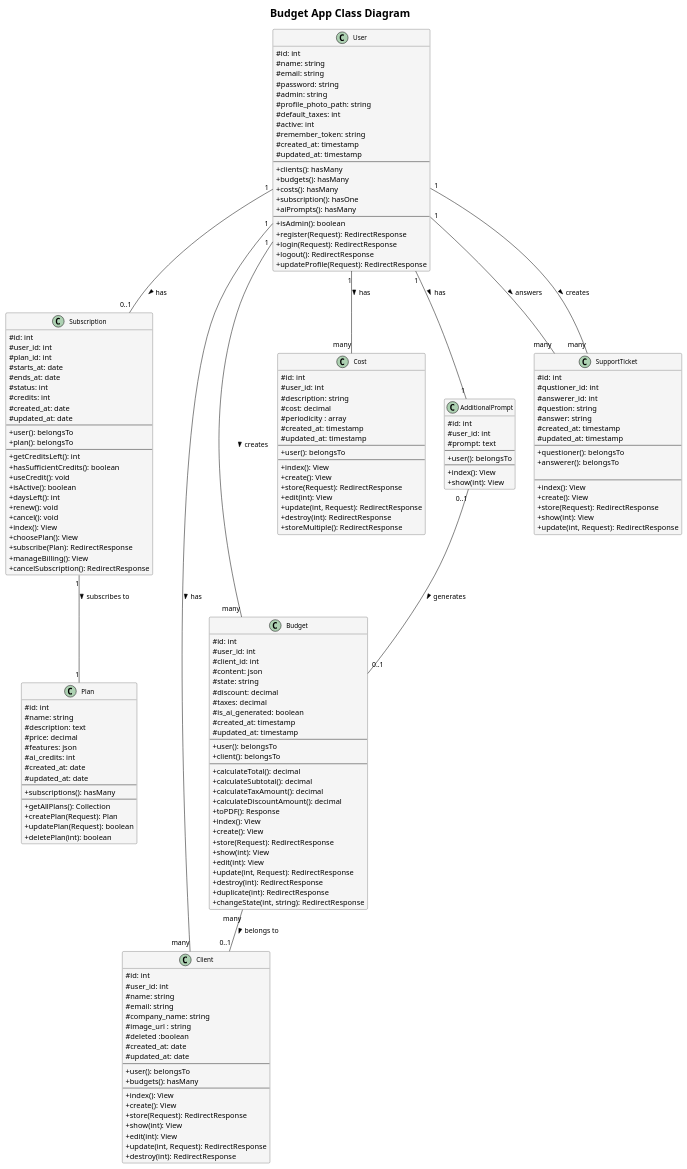
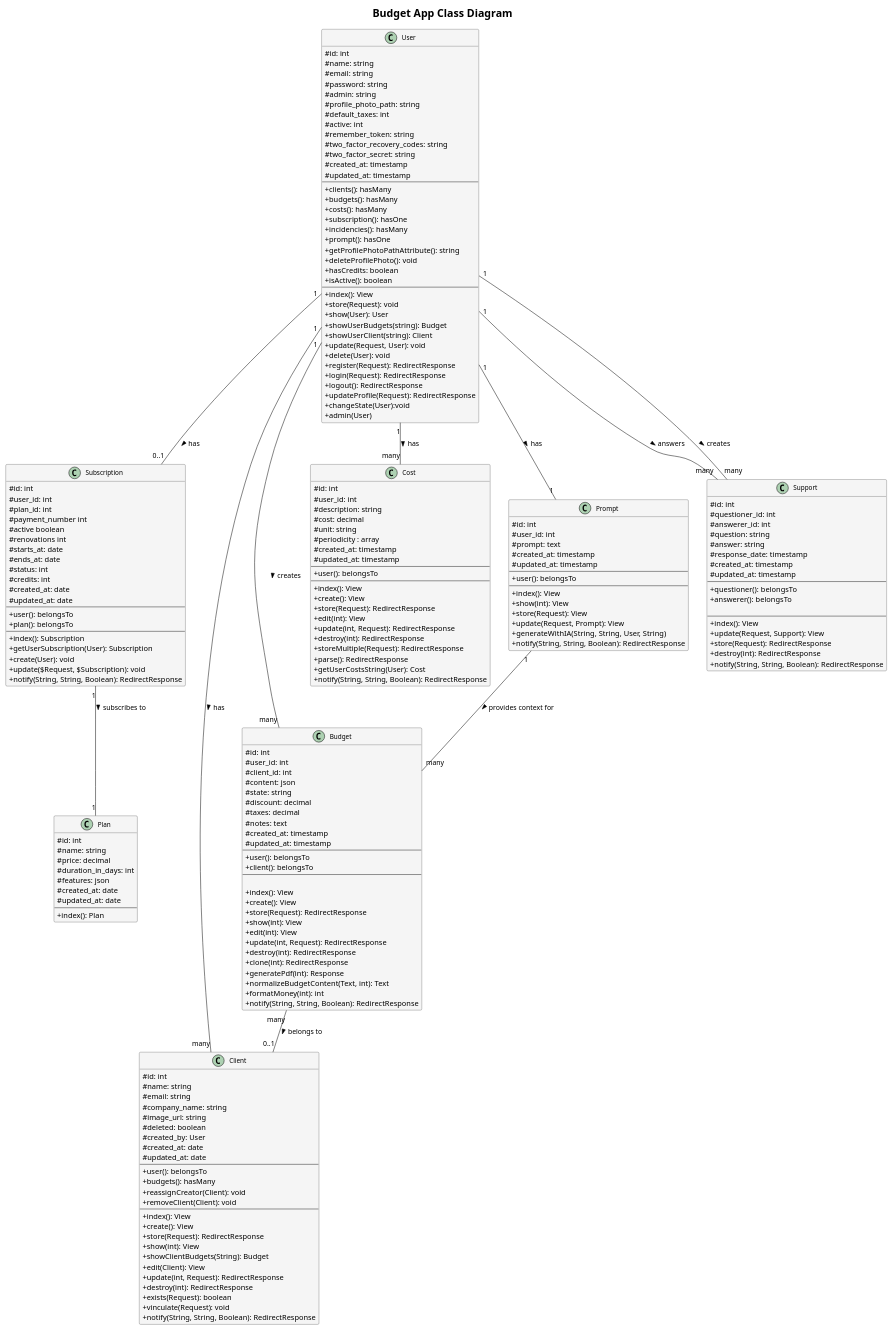
The diagram in uml.puml (jorbelca/final_project), drawn with PlantUML before and after one commit.

Commit message:
refactor: actualizar diagrama de clases UML para incluir nuevos atributos y métodos en las clases User, Subscription, Plan, Budget, Client, Cost, Prompt y Support

```diff
--- a/uml.puml
+++ b/uml.puml
@@ -19,6 +19,8 @@
   # default_taxes: int
   # active: int
   # remember_token: string
+  # two_factor_recovery_codes: string
+  # two_factor_secret: string
   # created_at: timestamp
   # updated_at: timestamp
   --
@@ -26,19 +28,35 @@
   + budgets(): hasMany
   + costs(): hasMany
   + subscription(): hasOne
-  + aiPrompts(): hasMany
+  + incidencies(): hasMany
+  + prompt(): hasOne
+  + getProfilePhotoPathAttribute(): string
+  + deleteProfilePhoto(): void
+  + hasCredits: boolean
+  + isActive(): boolean
   --
-  + isAdmin(): boolean
+  + index(): View
+  + store(Request): void
+  + show(User): User
+  + showUserBudgets(string): Budget
+  + showUserClient(string): Client
+  + update(Request, User): void
+  + delete(User): void
   + register(Request): RedirectResponse
   + login(Request): RedirectResponse
   + logout(): RedirectResponse
   + updateProfile(Request): RedirectResponse
+  + changeState(User):void
+  + admin(User)
 }
 
 class Subscription {
   # id: int
   # user_id: int
   # plan_id: int
+  # payment_number int
+  # active boolean
+  # renovations int
   # starts_at: date
   # ends_at: date
   # status: int
@@ -49,36 +67,23 @@
   + user(): belongsTo
   + plan(): belongsTo
   --
-  + getCreditsLeft(): int
-  + hasSufficientCredits(): boolean
-  + useCredit(): void
-  + isActive(): boolean
-  + daysLeft(): int
-  + renew(): void
-  + cancel(): void
-  + index(): View
-  + choosePlan(): View
-  + subscribe(Plan): RedirectResponse
-  + manageBilling(): View
-  + cancelSubscription(): RedirectResponse
+  + index(): Subscription
+  + getUserSubscription(User): Subscription
+  + create(User): void
+  + update($Request, $Subscription): void
+  + notify(String, String, Boolean): RedirectResponse
 }
 
 class Plan {
   # id: int
   # name: string
-  # description: text
   # price: decimal
+  # duration_in_days: int
   # features: json
-  # ai_credits: int
   # created_at: date
   # updated_at: date
   --
-  + subscriptions(): hasMany
-  --
-  + getAllPlans(): Collection
-  + createPlan(Request): Plan
-  + updatePlan(Request): boolean
-  + deletePlan(int): boolean
+  + index(): Plan
 }
 
 class Budget {
@@ -89,18 +94,14 @@
   # state: string
   # discount: decimal
   # taxes: decimal
-  # is_ai_generated: boolean
+  # notes: text
   # created_at: timestamp
   # updated_at: timestamp
   --
   + user(): belongsTo
   + client(): belongsTo
   --
-  + calculateTotal(): decimal
-  + calculateSubtotal(): decimal
-  + calculateTaxAmount(): decimal
-  + calculateDiscountAmount(): decimal
-  + toPDF(): Response
+ 
   + index(): View
   + create(): View
   + store(Request): RedirectResponse
@@ -108,31 +109,40 @@
   + edit(int): View
   + update(int, Request): RedirectResponse
   + destroy(int): RedirectResponse
-  + duplicate(int): RedirectResponse
-  + changeState(int, string): RedirectResponse
+  + clone(int): RedirectResponse
+  + generatePdf(int): Response
+  + normalizeBudgetContent(Text, int): Text
+  + formatMoney(int): int
+  + notify(String, String, Boolean): RedirectResponse
 }
 
 class Client {
   # id: int
-  # user_id: int
   # name: string
   # email: string
   # company_name: string
-  # image_url : string
-  # deleted :boolean
+  # image_url: string
+  # deleted: boolean
+  # created_by: User
   # created_at: date
   # updated_at: date
   --
   + user(): belongsTo
   + budgets(): hasMany
+  + reassignCreator(Client): void
+  + removeClient(Client): void
   --
   + index(): View
   + create(): View
   + store(Request): RedirectResponse
   + show(int): View
-  + edit(int): View
+  + showClientBudgets(String): Budget
+  + edit(Client): View
   + update(int, Request): RedirectResponse
   + destroy(int): RedirectResponse
+  + exists(Request): boolean
+  + vinculate(Request): void
+  + notify(String, String, Boolean): RedirectResponse
 }
 
 class Cost {
@@ -140,6 +150,7 @@
   # user_id: int
   # description: string
   # cost: decimal
+  # unit: string
   # periodicity : array
   # created_at: timestamp
   # updated_at: timestamp
@@ -152,27 +163,37 @@
   + edit(int): View
   + update(int, Request): RedirectResponse
   + destroy(int): RedirectResponse
-  + storeMultiple(): RedirectResponse
+  + storeMultiple(Request): RedirectResponse
+  + parse(): RedirectResponse
+  + getUserCostsString(User): Cost
+  + notify(String, String, Boolean): RedirectResponse
 }
 
 
-class AdditionalPrompt {
+class Prompt {
   # id: int
   # user_id: int
   # prompt: text
+  # created_at: timestamp
+  # updated_at: timestamp
   --
   + user(): belongsTo
   --
   + index(): View
   + show(int): View
+  + store(Request): View
+  + update(Request, Prompt): View
+  + generateWithIA(String, String, User, String)
+  + notify(String, String, Boolean): RedirectResponse
 }
 
-class SupportTicket {
+class Support {
   # id: int
-  # qustioner_id: int
+  # questioner_id: int
   # answerer_id: int
   # question: string
   # answer: string
+  # response_date: timestamp
   # created_at: timestamp
   # updated_at: timestamp
   --
@@ -181,10 +202,10 @@
 
   --
   + index(): View
-  + create(): View
+  + update(Request, Support): View
   + store(Request): RedirectResponse
-  + show(int): View
-  + update(int, Request): RedirectResponse
+  + destroy(int): RedirectResponse
+  + notify(String, String, Boolean): RedirectResponse
 }
 
 ' Relaciones
@@ -193,10 +214,11 @@
 User "1" -- "many" Budget : creates >
 User "1" -- "many" Client : has >
 User "1" -- "many" Cost : has >
-User "1" -- "1" AdditionalPrompt : has >
-User "1" -- "many" SupportTicket : creates >
-User "1" -- "many" SupportTicket : answers >
+User "1" -- "1" Prompt : has >
+User "1" -- "many" Support : creates >
+User "1" -- "many" Support : answers >
 Budget "many" -- "0..1" Client : belongs to >
-AdditionalPrompt "0..1" -- "0..1" Budget : generates >
+Prompt "1" -- "many" Budget : provides context for >
+
 
 @enduml
```
